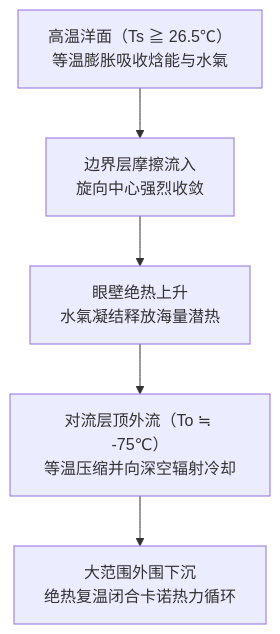
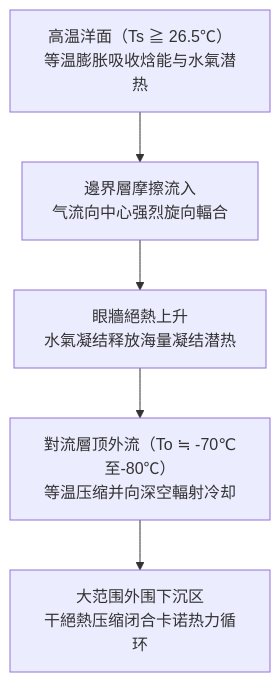
One commit to kenjinote/blog changed the first of 11 diagrams in content/post/typhoon-meteorology-mechanisms-historic-disasters-guide/index.zh-tw.md. Above: the diagram before and after it, drawn with Mermaid. The commit also changed other lines of this file and 11 other files, not shown here.

````diff
--- a/content/post/typhoon-meteorology-mechanisms-historic-disasters-guide/index.zh-tw.md
+++ b/content/post/typhoon-meteorology-mechanisms-historic-disasters-guide/index.zh-tw.md
@@ -57,7 +57,7 @@
 ```mermaid
 flowchart TD
-    OCEAN["高温洋面（Ts ≧ 26.5℃）<br/>等温膨胀吸收焓能与水氣"] --> INFLOW["边界层摩擦流入<br/>旋向中心强烈收敛"]
-    INFLOW --> EYEWALL["眼壁绝热上升<br/>水氣凝结释放海量潜热"]
-    EYEWALL --> OUTFLOW["对流层顶外流（To ≒ -75℃）<br/>等温压缩并向深空辐射冷却"]
-    OUTFLOW --> SINK["大范围外围下沉<br/>绝热复温闭合卡诺热力循环"]
+    OCEAN["高温洋面（Ts ≧ 26.5℃）<br/>等温膨胀吸收焓能与水氣潜热"] --> INFLOW["邊界層摩擦流入<br/>气流向中心强烈旋向輻合"]
+    INFLOW --> EYEWALL["眼牆絕熱上升<br/>水氣凝结释放海量凝结潜热"]
+    EYEWALL --> OUTFLOW["對流層顶外流（To ≒ -70℃至-80℃）<br/>等温压缩并向深空輻射冷却"]
+    OUTFLOW --> SINK["大范围外围下沉区<br/>干絕熱压缩闭合卡诺热力循环"]
 ```
````
